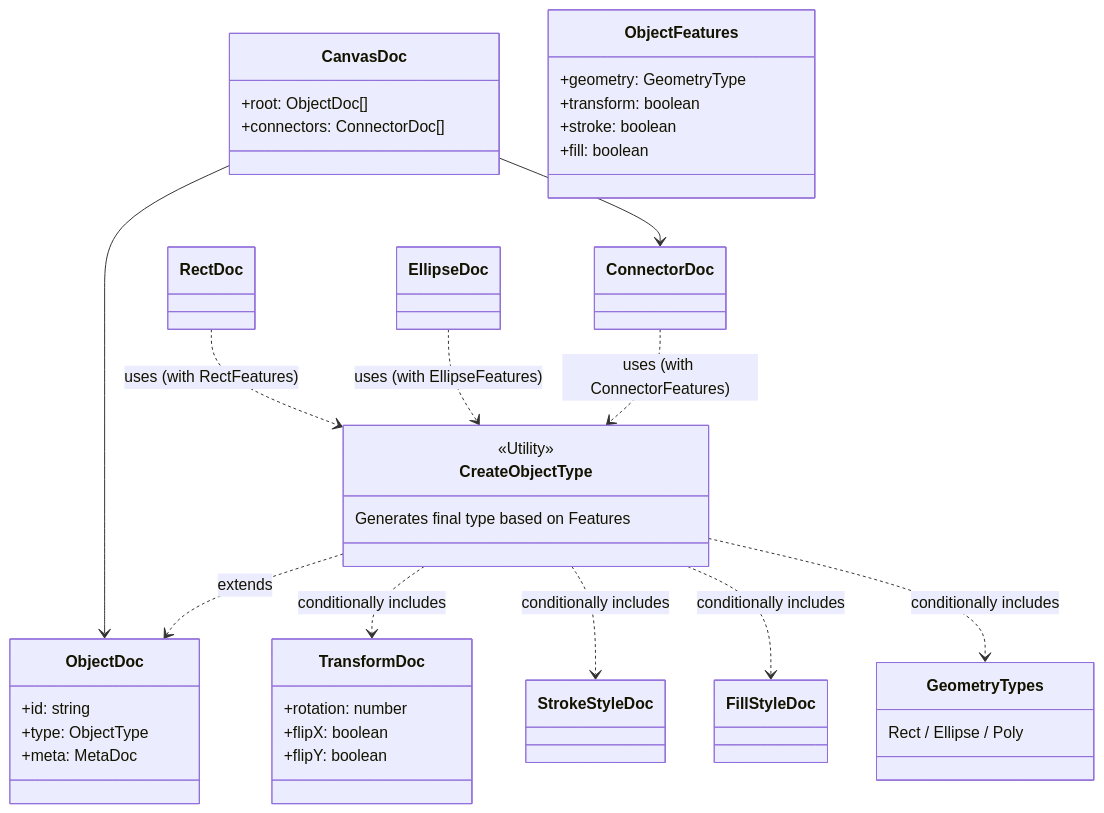
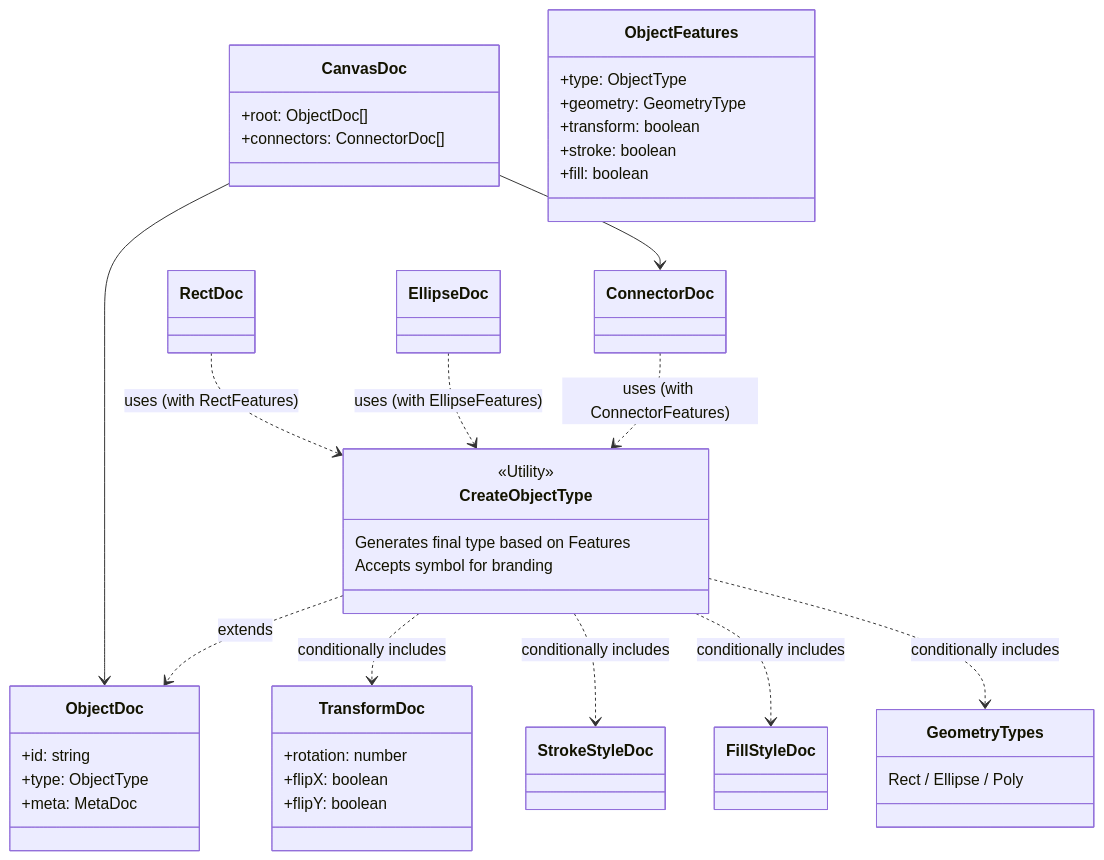
Before and after one commit to gznnk/jiscribe: the diagram in packages/svg-canvas-2/src/schemas/README.md, drawn with Mermaid. The commit also changed other lines of this file and 22 other files, not shown here.

First line of the commit message:
refactor: add type field to ObjectFeatures and implement all object States

````diff
--- a/packages/svg-canvas-2/src/schemas/README.md
+++ b/packages/svg-canvas-2/src/schemas/README.md
@@ -19,59 +21,61 @@
 ```mermaid
 classDiagram
     %% Core Types
     class CanvasDoc {
         +root: ObjectDoc[]
         +connectors: ConnectorDoc[]
     }
 
     class ObjectDoc {
         +id: string
         +type: ObjectType
         +meta: MetaDoc
     }
 
     %% Features & Utils
     class ObjectFeatures {
+        +type: ObjectType
         +geometry: GeometryType
         +transform: boolean
         +stroke: boolean
         +fill: boolean
     }
 
     class CreateObjectType {
         <<Utility>>
         Generates final type based on Features
+        Accepts symbol for branding
     }
 
     %% Component Parts
     class TransformDoc {
         +rotation: number
         +flipX: boolean
         +flipY: boolean
     }
     class StrokeStyleDoc
     class FillStyleDoc
     class GeometryTypes {
         Rect / Ellipse / Poly
     }
 
     %% Relationships
     CanvasDoc --> ObjectDoc
     CanvasDoc --> ConnectorDoc
 
     %% Composition Logic
     CreateObjectType ..> ObjectDoc : extends
     CreateObjectType ..> TransformDoc : conditionally includes
     CreateObjectType ..> StrokeStyleDoc : conditionally includes
     CreateObjectType ..> FillStyleDoc : conditionally includes
     CreateObjectType ..> GeometryTypes : conditionally includes
 
     %% Concrete Implementations
     class RectDoc
     class EllipseDoc
     class ConnectorDoc
 
     RectDoc ..> CreateObjectType : uses (with RectFeatures)
     EllipseDoc ..> CreateObjectType : uses (with EllipseFeatures)
     ConnectorDoc ..> CreateObjectType : uses (with ConnectorFeatures)
 ```
````
